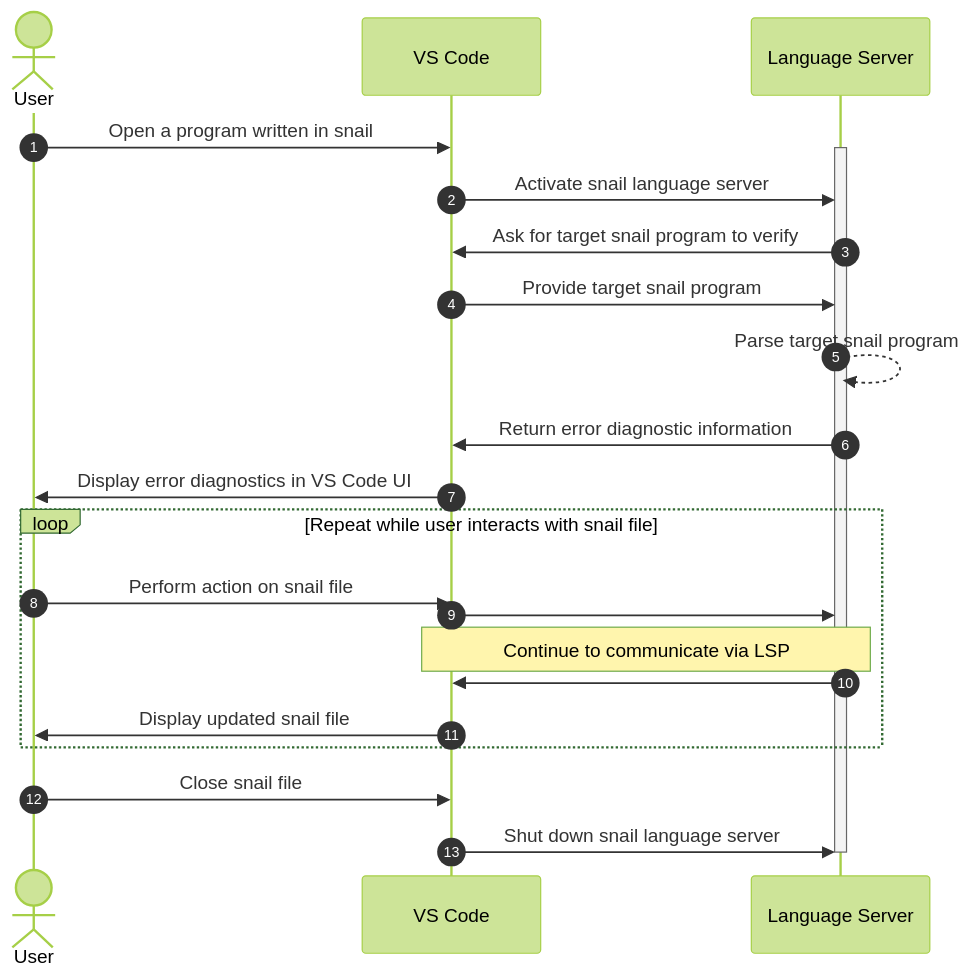
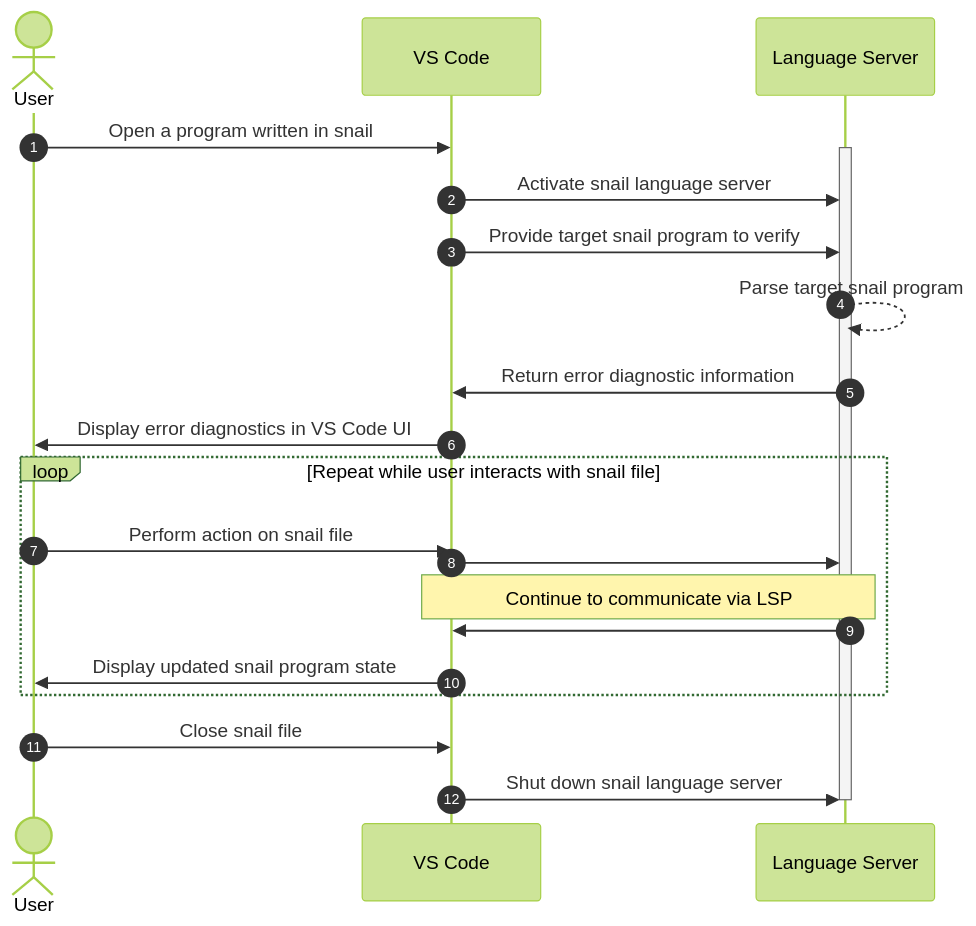
One commit to CharlesReinhardt/snail-language-support-paper changed the diagram in images/lsp-sequence.md. Above: the diagram before and after it, drawn with Mermaid (forest theme). The commit also changed 3 other files, not shown here.

````diff
--- a/images/lsp-sequence.md
+++ b/images/lsp-sequence.md
@@ -1,32 +1,31 @@
 ```mermaid
 sequenceDiagram
 
     autonumber
 
     actor U as User
     participant V as VS Code
     participant L as Language Server
 
     U ->> V: Open a program written in snail
     activate L
     V ->> L: Activate snail language server
 
-    L ->> V: Ask for target snail program to verify
-    V ->> L: Provide target snail program
+    V ->> L: Provide target snail program to verify
     L -->> L: Parse target snail program
     L ->> V: Return error diagnostic information
     V ->> U: Display error diagnostics in VS Code UI
     
     loop Repeat while user interacts with snail file
     U ->> V: Perform action on snail file
     V ->> L: 
     Note over L, V: Continue to communicate via LSP
     L ->> V: 
-    V ->> U: Display updated snail file
+    V ->> U: Display updated snail program state
     end
 
     U ->> V: Close snail file
     V ->> L: Shut down snail language server
 
     deactivate L
 ```
````
